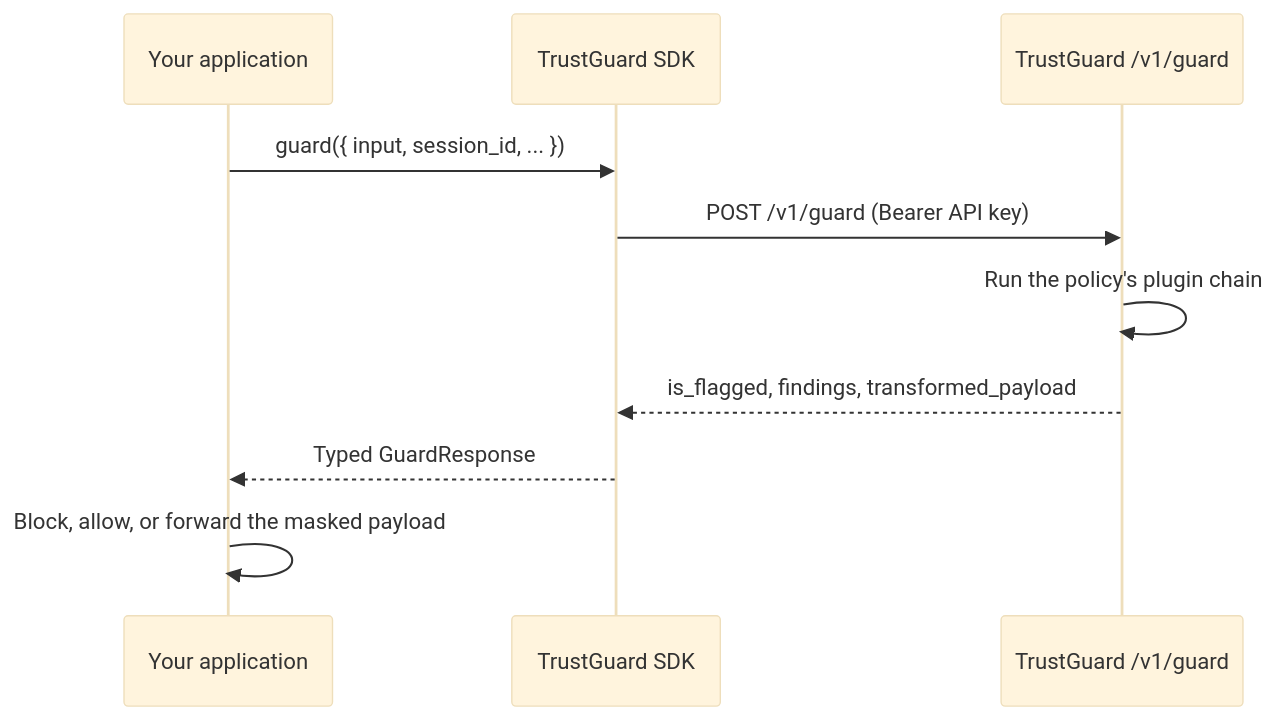
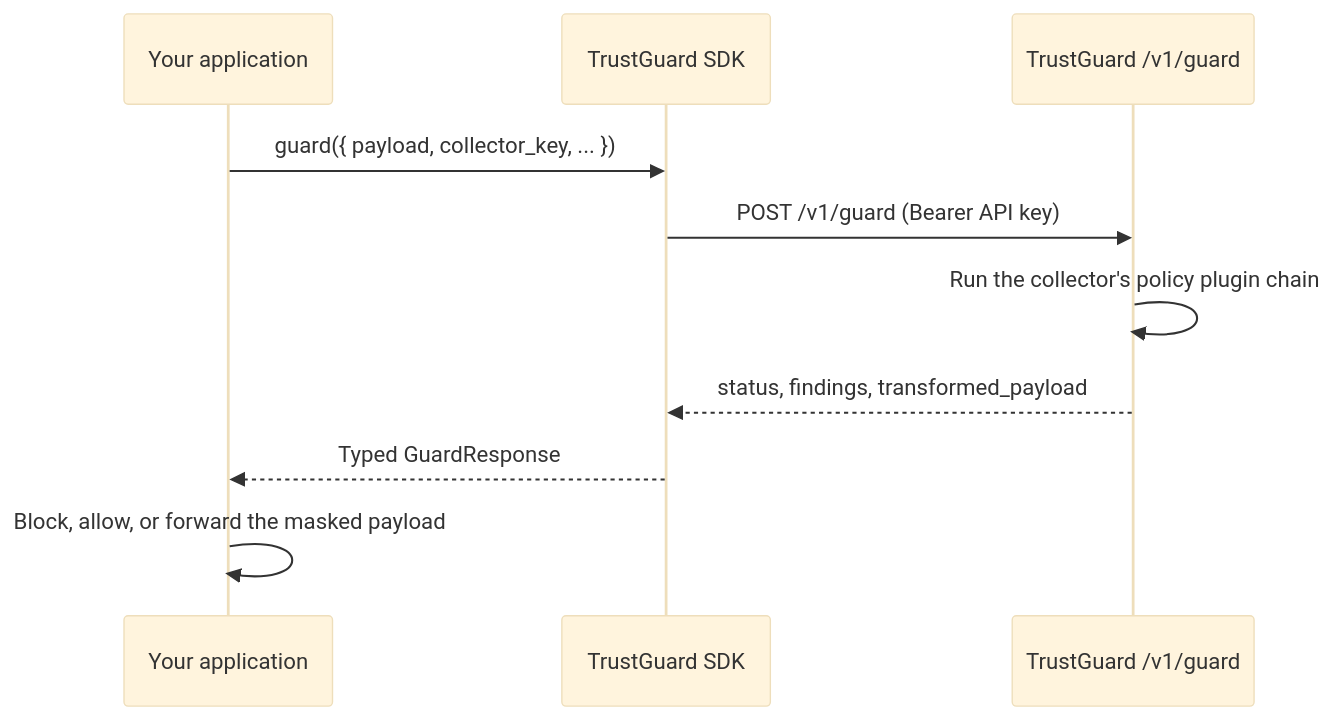
Before and after one commit to NeuralTrust/trustguard-sdk: the diagram in README.md, drawn with Mermaid (base theme). The commit also changed other lines of this file and 21 other files, not shown here.

````diff
--- a/README.md
+++ b/README.md
@@ -21,13 +21,13 @@
 ```mermaid
 sequenceDiagram
     participant App as Your application
     participant SDK as TrustGuard SDK
     participant TG as TrustGuard /v1/guard
 
-    App->>SDK: guard({ input, session_id, ... })
+    App->>SDK: guard({ payload, collector_key, ... })
     SDK->>TG: POST /v1/guard (Bearer API key)
-    TG->>TG: Run the policy's plugin chain
-    TG-->>SDK: is_flagged, findings, transformed_payload
+    TG->>TG: Run the collector's policy plugin chain
+    TG-->>SDK: status, findings, transformed_payload
     SDK-->>App: Typed GuardResponse
     App->>App: Block, allow, or forward the masked payload
 ```
````
